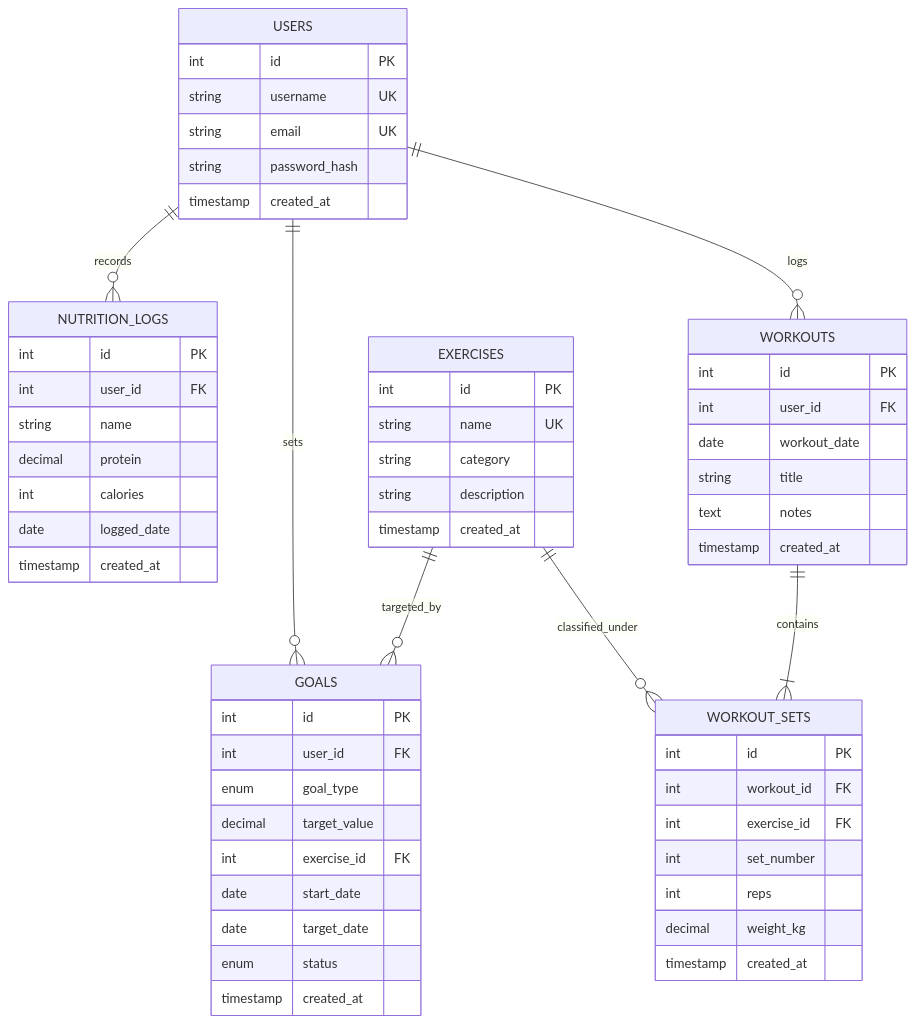
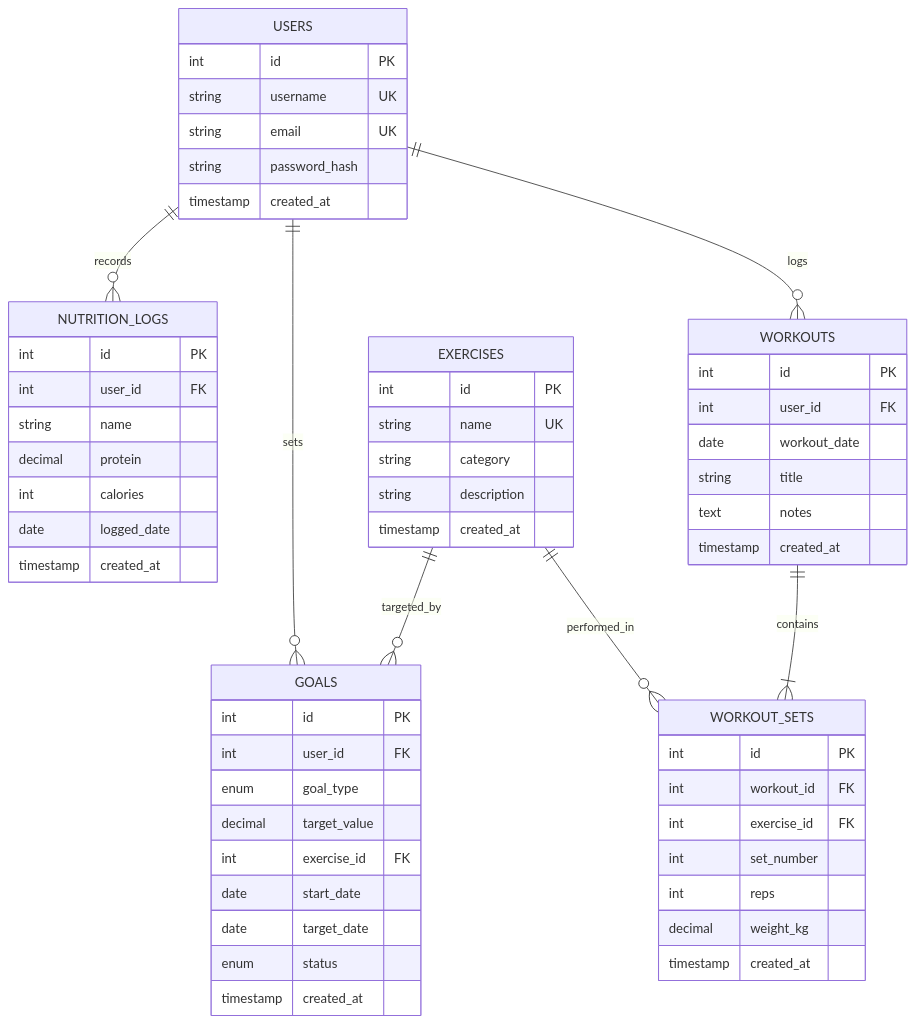
The diagram in README.md (Shivanssinha/Fitness_Tracker), drawn with Mermaid before and after one commit. The commit also changed other lines of this file, not shown here.

First line of the commit message:
Revise README for tech stack and schema updates

````diff
--- a/README.md
+++ b/README.md
@@ -25,66 +26,66 @@
 ```mermaid
 erDiagram
     USERS ||--o{ WORKOUTS : "logs"
     USERS ||--o{ GOALS : "sets"
     USERS ||--o{ NUTRITION_LOGS : "records"
     WORKOUTS ||--|{ WORKOUT_SETS : "contains"
-    EXERCISES ||--o{ WORKOUT_SETS : "classified_under"
+    EXERCISES ||--o{ WORKOUT_SETS : "performed_in"
     EXERCISES ||--o{ GOALS : "targeted_by"
 
     USERS {
         int id PK
         string username UK
         string email UK
         string password_hash
         timestamp created_at
     }
 
     EXERCISES {
         int id PK
         string name UK
         string category
         string description
         timestamp created_at
     }
 
     WORKOUTS {
         int id PK
         int user_id FK
         date workout_date
         string title
         text notes
         timestamp created_at
     }
 
     WORKOUT_SETS {
         int id PK
         int workout_id FK
         int exercise_id FK
         int set_number
         int reps
         decimal weight_kg
         timestamp created_at
     }
 
     GOALS {
         int id PK
         int user_id FK
         enum goal_type
         decimal target_value
         int exercise_id FK
         date start_date
         date target_date
         enum status
         timestamp created_at
     }
 
     NUTRITION_LOGS {
         int id PK
         int user_id FK
         string name
         decimal protein
         int calories
         date logged_date
         timestamp created_at
     }
 ```
````
